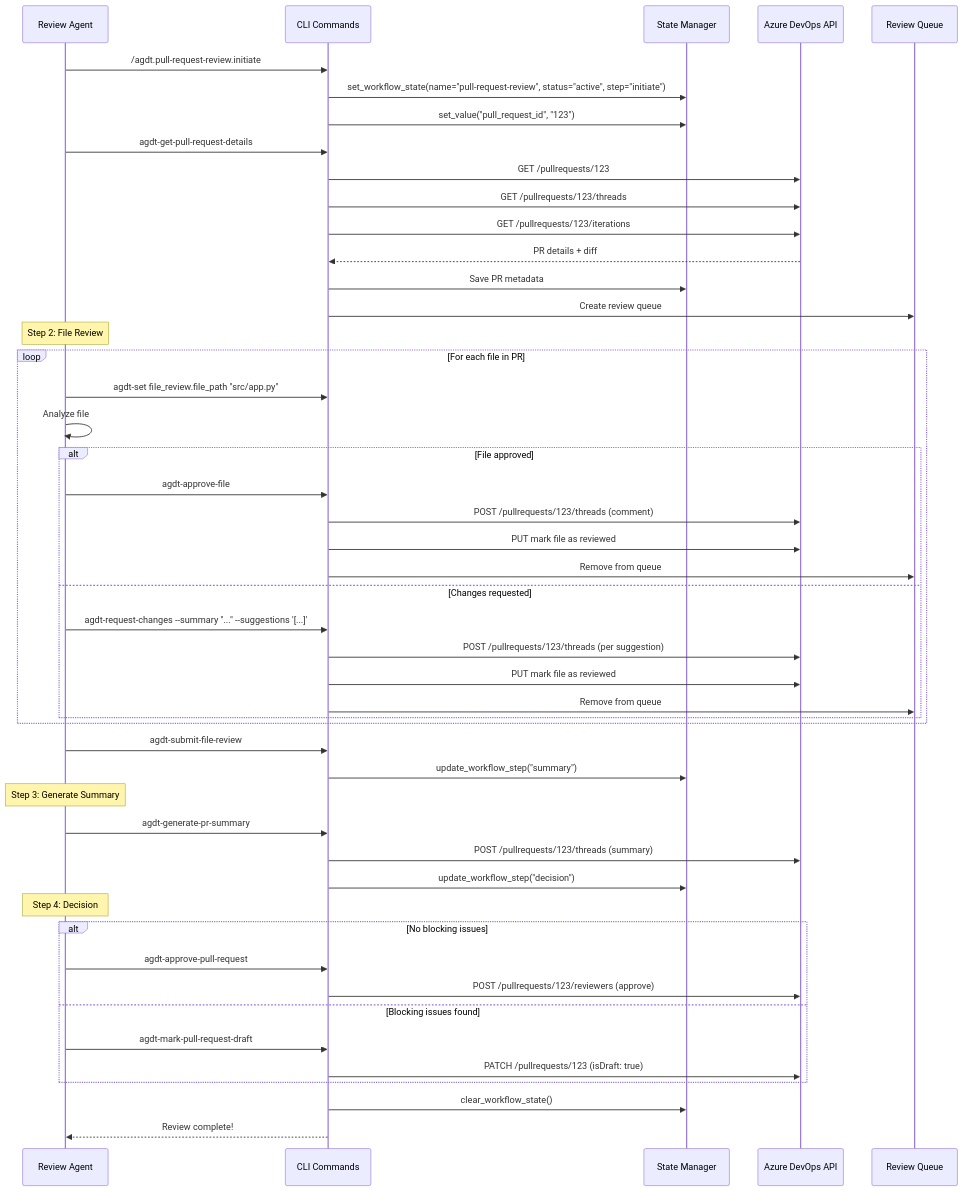
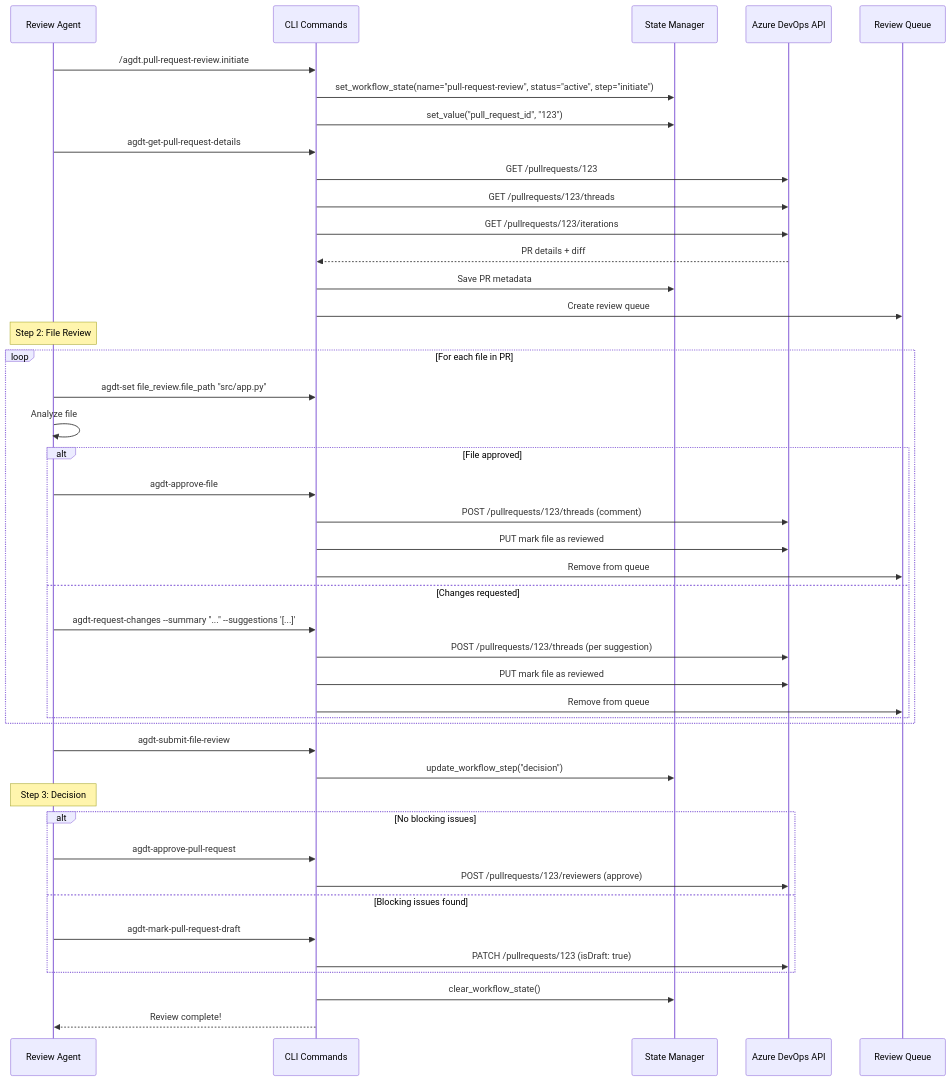
Before and after one commit to ayaiayorg/agentic-devtools: the third of 7 diagrams in docs/06-runtime-view.md, drawn with Mermaid. The commit also changed 7 other files, not shown here.

First line of the commit message:
docs: remove agdt-generate-pr-summary references and obsolete summary step from agents/docs

````diff
--- a/docs/06-runtime-view.md
+++ b/docs/06-runtime-view.md
@@ -122,58 +122,53 @@
 ```mermaid
 sequenceDiagram
     participant Agent as Review Agent
     participant CLI as CLI Commands
     participant State as State Manager
     participant ADO as Azure DevOps API
     participant Queue as Review Queue
     
     Agent->>CLI: /agdt.pull-request-review.initiate
     CLI->>State: set_workflow_state(name="pull-request-review", status="active", step="initiate")
     CLI->>State: set_value("pull_request_id", "123")
     
     Agent->>CLI: agdt-get-pull-request-details
     CLI->>ADO: GET /pullrequests/123
     CLI->>ADO: GET /pullrequests/123/threads
     CLI->>ADO: GET /pullrequests/123/iterations
     ADO-->>CLI: PR details + diff
     CLI->>State: Save PR metadata
     CLI->>Queue: Create review queue
     
     Note over Agent: Step 2: File Review
     loop For each file in PR
         Agent->>CLI: agdt-set file_review.file_path "src/app.py"
         Agent->>Agent: Analyze file
         
         alt File approved
             Agent->>CLI: agdt-approve-file
             CLI->>ADO: POST /pullrequests/123/threads (comment)
             CLI->>ADO: PUT mark file as reviewed
             CLI->>Queue: Remove from queue
         else Changes requested
             Agent->>CLI: agdt-request-changes --summary "..." --suggestions '[...]'
             CLI->>ADO: POST /pullrequests/123/threads (per suggestion)
             CLI->>ADO: PUT mark file as reviewed
             CLI->>Queue: Remove from queue
         end
     end
     
     Agent->>CLI: agdt-submit-file-review
-    CLI->>State: update_workflow_step("summary")
-    
-    Note over Agent: Step 3: Generate Summary
-    Agent->>CLI: agdt-generate-pr-summary
-    CLI->>ADO: POST /pullrequests/123/threads (summary)
     CLI->>State: update_workflow_step("decision")
     
-    Note over Agent: Step 4: Decision
+    Note over Agent: Step 3: Decision
     alt No blocking issues
         Agent->>CLI: agdt-approve-pull-request
         CLI->>ADO: POST /pullrequests/123/reviewers (approve)
     else Blocking issues found
         Agent->>CLI: agdt-mark-pull-request-draft
         CLI->>ADO: PATCH /pullrequests/123 (isDraft: true)
     end
     
     CLI->>State: clear_workflow_state()
     CLI-->>Agent: Review complete!
 ```
````
